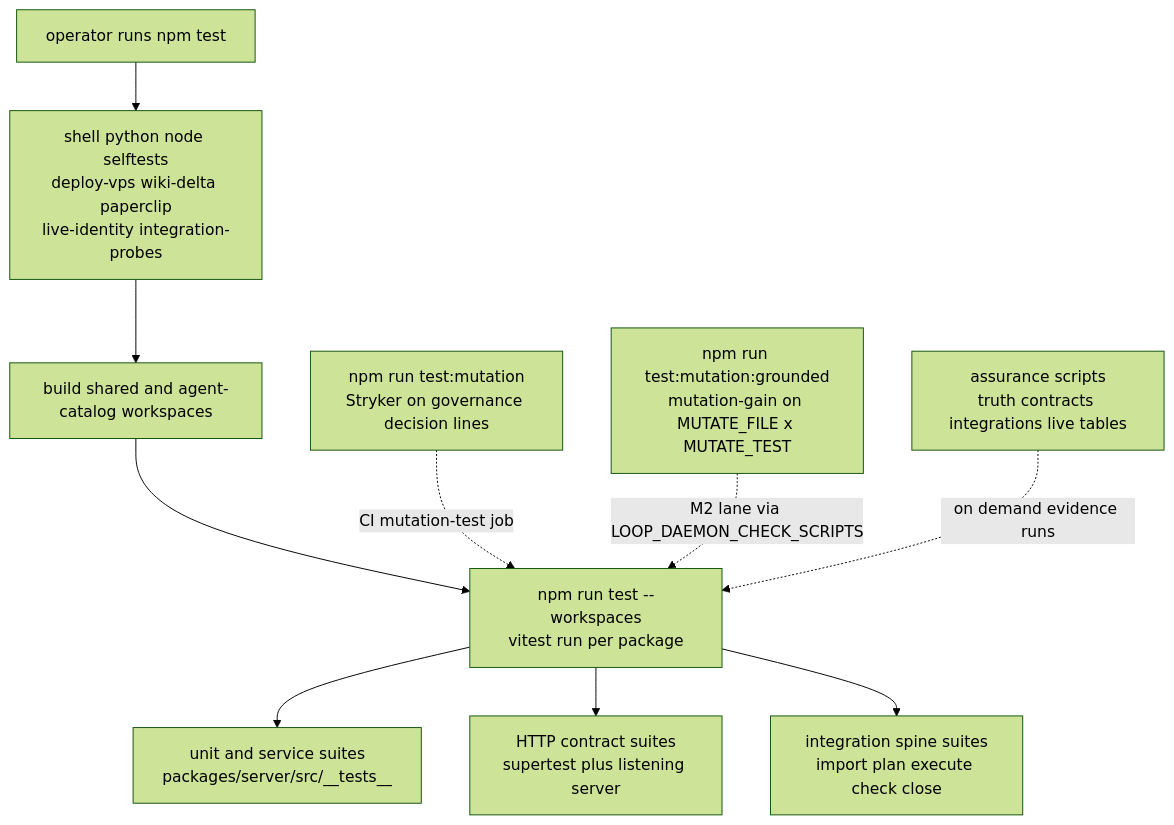
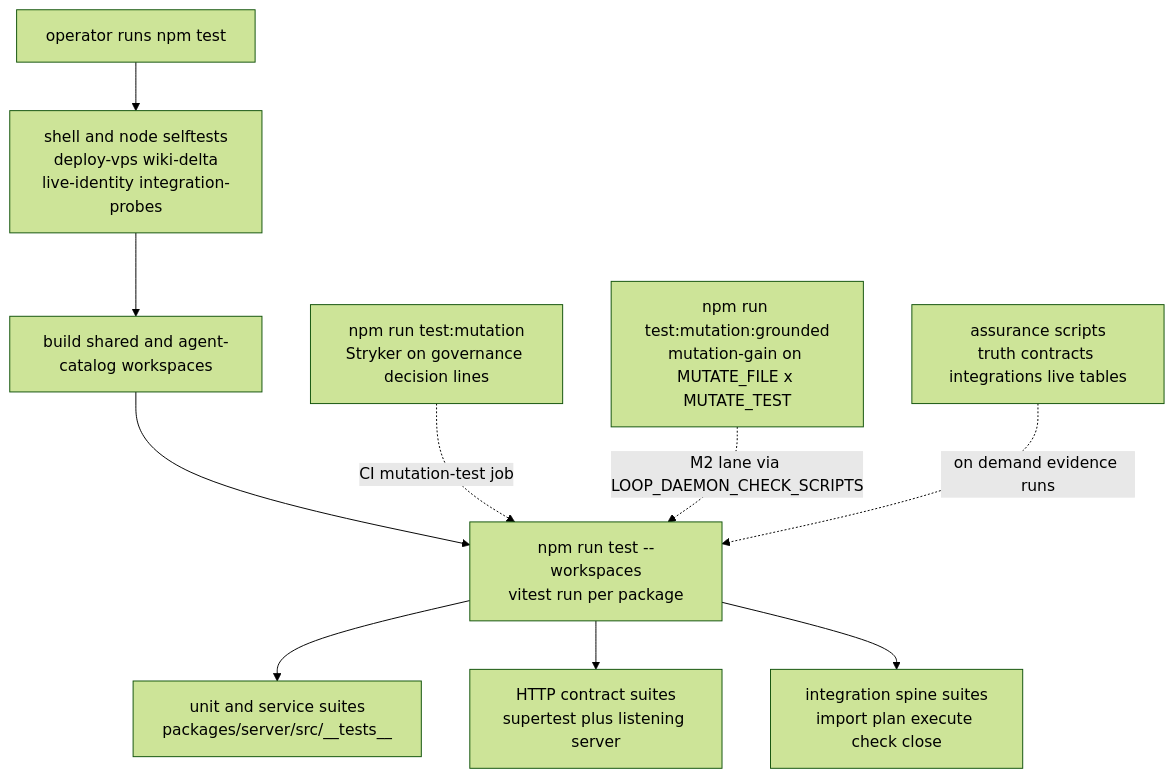
The diagram in openwiki/testing/test-strategy.md (djimit/djimitflo), drawn with Mermaid (forest theme) before and after one commit. The commit also changed other lines of this file and 34 other files, not shown here.

````diff
--- a/openwiki/testing/test-strategy.md
+++ b/openwiki/testing/test-strategy.md
@@ -109,12 +109,12 @@
 ```mermaid
 flowchart TD
-    DEV["operator runs npm test"] --> ST["shell python node selftests<br>deploy-vps wiki-delta paperclip<br>live-identity integration-probes"]
+    DEV["operator runs npm test"] --> ST["shell and node selftests<br>deploy-vps wiki-delta<br>live-identity integration-probes"]
     ST --> BUILD["build shared and agent-catalog workspaces"]
     BUILD --> WS["npm run test --workspaces<br>vitest run per package"]
     WS --> U["unit and service suites<br>packages/server/src/__tests__"]
     WS --> H["HTTP contract suites<br>supertest plus listening server"]
     WS --> SP["integration spine suites<br>import plan execute check close"]
     GATE["npm run test:mutation<br>Stryker on governance decision lines"] -.->|CI mutation-test job| WS
     MG["npm run test:mutation:grounded<br>mutation-gain on MUTATE_FILE x MUTATE_TEST"] -.->|M2 lane via LOOP_DAEMON_CHECK_SCRIPTS| WS
     A["assurance scripts<br>truth contracts integrations live tables"] -.->|on demand evidence runs| WS
 ```
````
